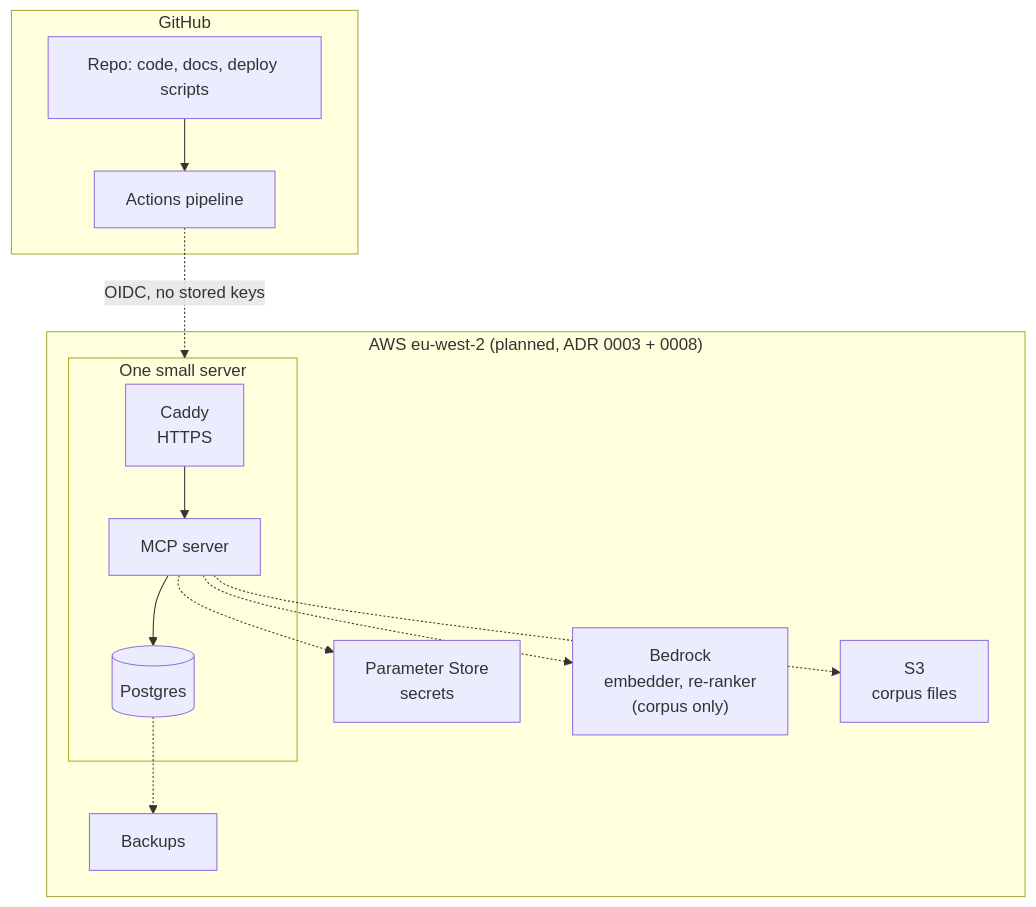
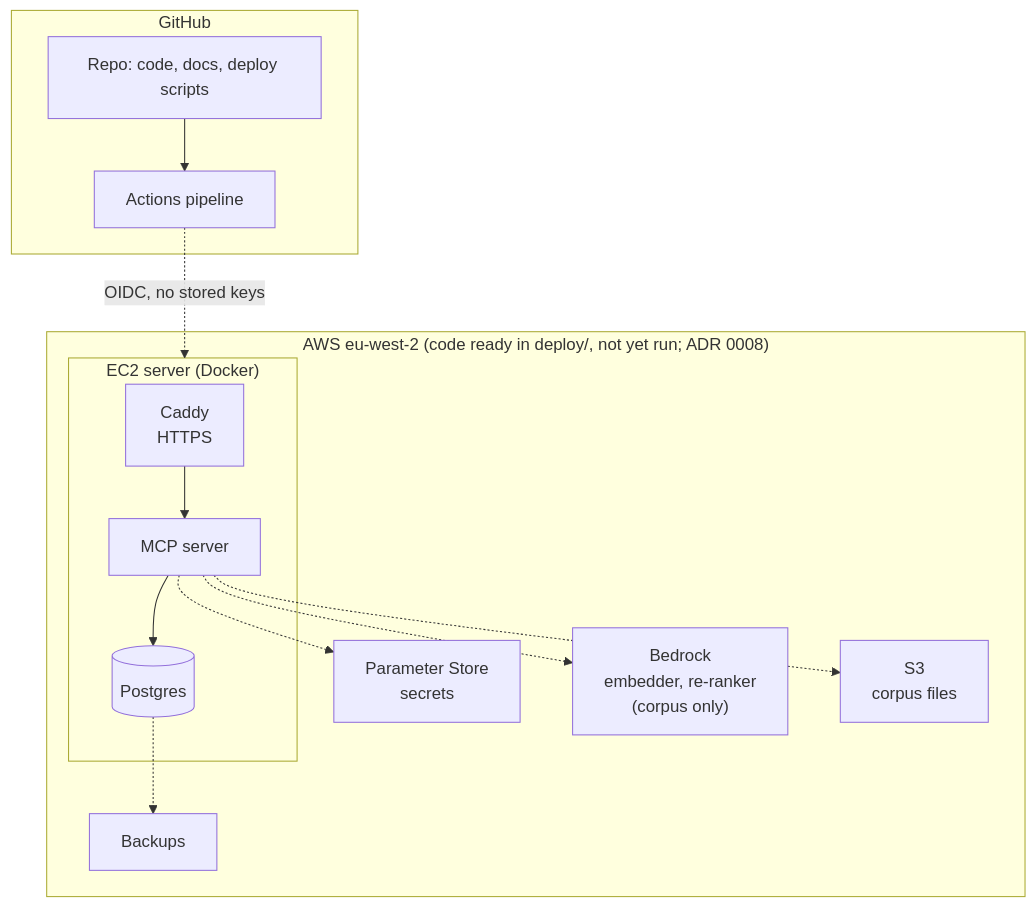
One commit to florinmarcus/builders_lab changed the second of 3 diagrams in architecture/ARCHITECTURE.md. Above: the diagram before and after it, drawn with Mermaid. The commit also changed 23 other files, not shown here.

First line of the commit message:
Deploy: CloudFormation (EC2 London, no SSH, snapshots, alarms, budget, GitHub OIDC role), Docker Compose (Postgres, app, Caddy HTTPS), install/upgrade/rollback/backup scripts with automatic rollback, CI and deploy workflow; ADR 0008

````diff
--- a/architecture/ARCHITECTURE.md
+++ b/architecture/ARCHITECTURE.md
@@ -41,24 +41,24 @@
 ```mermaid
 flowchart TB
     subgraph gh["GitHub"]
         repo["Repo: code, docs, deploy scripts"]
         ci["Actions pipeline"]
     end
 
-    subgraph aws["AWS eu-west-2 (planned, ADR 0003 + 0008)"]
-        subgraph ec2["One small server"]
+    subgraph aws["AWS eu-west-2 (code ready in deploy/, not yet run; ADR 0008)"]
+        subgraph ec2["EC2 server (Docker)"]
             caddy["Caddy<br/>HTTPS"] --> app["MCP server"] --> pg[("Postgres")]
         end
         ssm["Parameter Store<br/>secrets"]
         backup["Backups"]
         bedrock["Bedrock<br/>embedder, re-ranker<br/>(corpus only)"]
         s3["S3<br/>corpus files"]
     end
 
     repo --> ci
     ci -.->|"OIDC, no stored keys"| ec2
     app -.-> ssm
     pg -.-> backup
     app -.-> bedrock
     app -.-> s3
 ```
````
